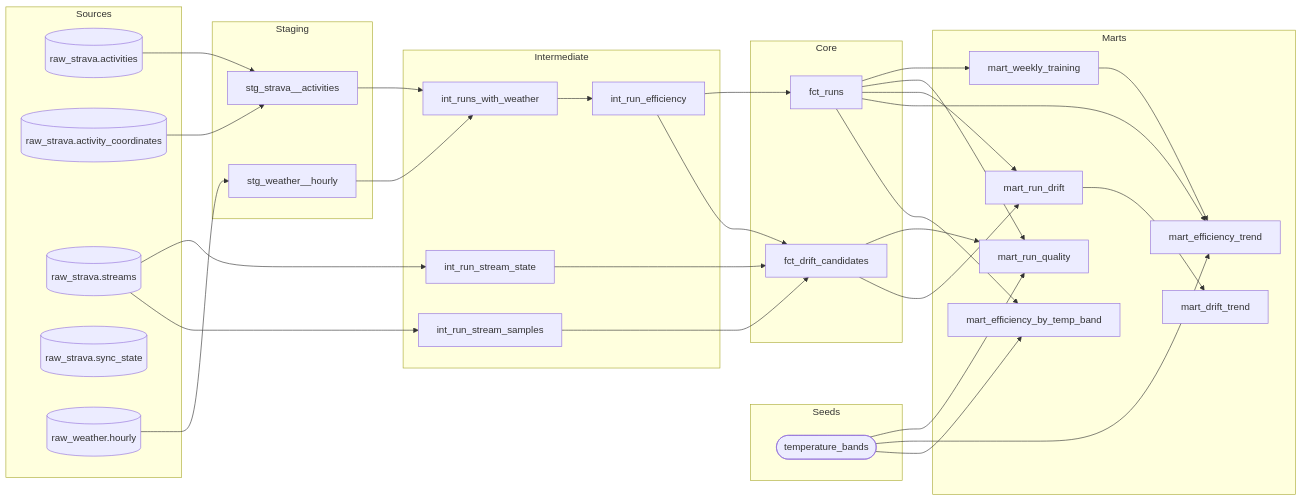
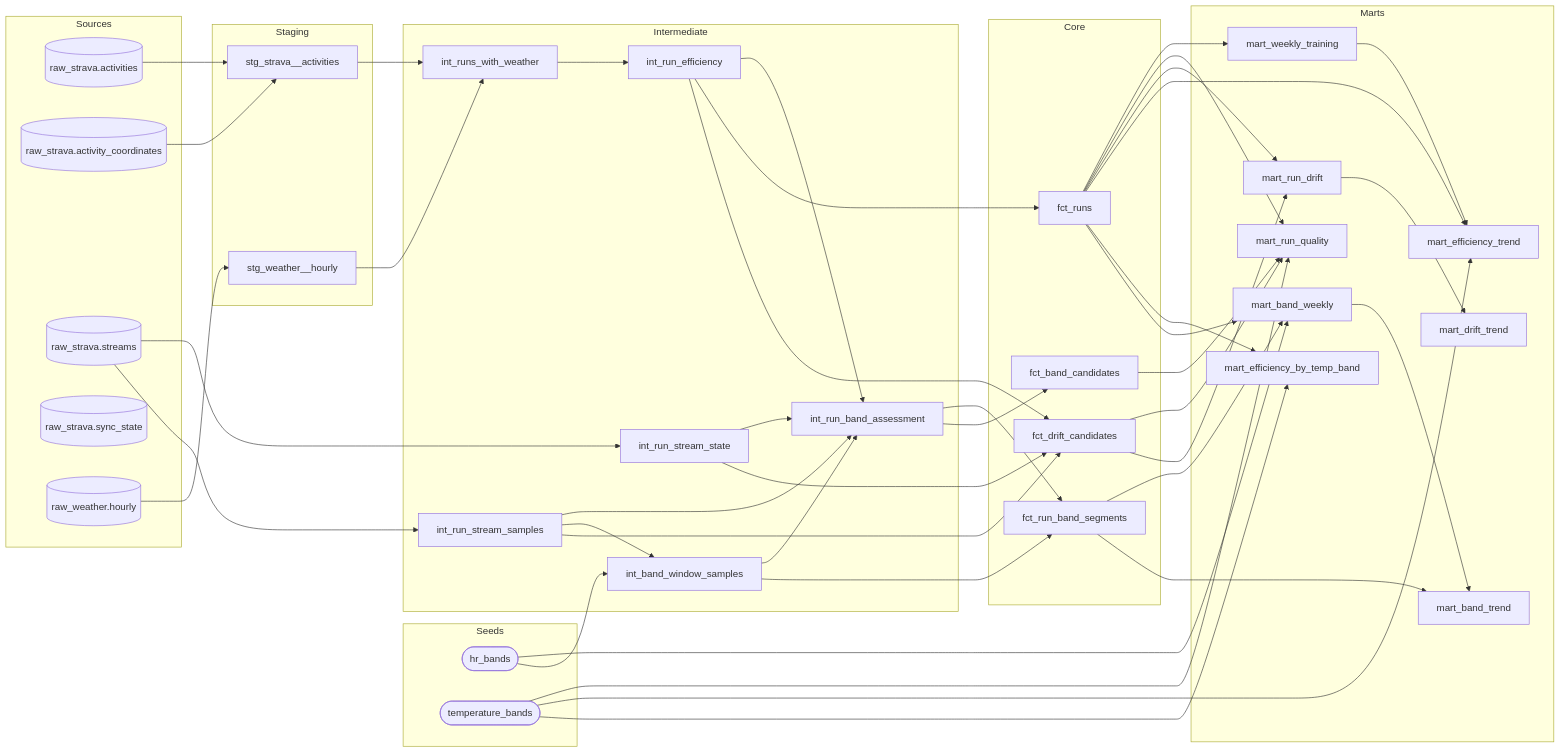
One commit to mowen18/running-analytics-pipeline changed the diagram in README.md. Above: the diagram before and after it, drawn with Mermaid. The commit also changed other lines of this file, not shown here.

Commit message:
docs: README + DAG for v1.4
make dbt-dag re-embedded the lineage from the fresh post-merge
manifest: the diff is exactly the seven v1.4 nodes (hr_bands,
int_band_window_samples, int_run_band_assessment, fct_band_candidates,
fct_run_band_segments, mart_band_weekly, mart_band_trend) and their
fifteen edges — including the two sanctioned seed edges (hr_bands into
the intermediate sample pool and into the weekly mart) — with nothing
else appearing or vanishing.

Prose: the conventions paragraph now records the v1.4 layering reality
(intermediate may read seeds — the one deliberate matrix line, proven
against the guard before it changed) and lists the D22 band vars among
the never-inline thresholds. The model table, stream-ingestion section,
D22 metric definition, and dashboard section were already current from
the merge (6ff8173); no other prose was stale. DAG render code and its
golden test untouched.

```diff
--- a/README.md
+++ b/README.md
@@ -199,6 +199,7 @@
     end
 
     subgraph seeds["Seeds"]
+        seed_running_analytics_hr_bands(["hr_bands"])
         seed_running_analytics_temperature_bands(["temperature_bands"])
     end
 
@@ -208,6 +209,8 @@
     end
 
     subgraph intermediate["Intermediate"]
+        model_running_analytics_int_band_window_samples["int_band_window_samples"]
+        model_running_analytics_int_run_band_assessment["int_run_band_assessment"]
         model_running_analytics_int_run_efficiency["int_run_efficiency"]
         model_running_analytics_int_run_stream_samples["int_run_stream_samples"]
         model_running_analytics_int_run_stream_state["int_run_stream_state"]
@@ -215,11 +218,15 @@
     end
 
     subgraph core["Core"]
+        model_running_analytics_fct_band_candidates["fct_band_candidates"]
         model_running_analytics_fct_drift_candidates["fct_drift_candidates"]
+        model_running_analytics_fct_run_band_segments["fct_run_band_segments"]
         model_running_analytics_fct_runs["fct_runs"]
     end
 
     subgraph marts["Marts"]
+        model_running_analytics_mart_band_trend["mart_band_trend"]
+        model_running_analytics_mart_band_weekly["mart_band_weekly"]
         model_running_analytics_mart_drift_trend["mart_drift_trend"]
         model_running_analytics_mart_efficiency_by_temp_band["mart_efficiency_by_temp_band"]
         model_running_analytics_mart_efficiency_trend["mart_efficiency_trend"]
@@ -228,22 +235,37 @@
         model_running_analytics_mart_weekly_training["mart_weekly_training"]
     end
 
+    model_running_analytics_fct_band_candidates --> model_running_analytics_mart_run_quality
     model_running_analytics_fct_drift_candidates --> model_running_analytics_mart_run_drift
     model_running_analytics_fct_drift_candidates --> model_running_analytics_mart_run_quality
+    model_running_analytics_fct_run_band_segments --> model_running_analytics_mart_band_trend
+    model_running_analytics_fct_run_band_segments --> model_running_analytics_mart_band_weekly
+    model_running_analytics_fct_runs --> model_running_analytics_mart_band_weekly
     model_running_analytics_fct_runs --> model_running_analytics_mart_efficiency_by_temp_band
     model_running_analytics_fct_runs --> model_running_analytics_mart_efficiency_trend
     model_running_analytics_fct_runs --> model_running_analytics_mart_run_drift
     model_running_analytics_fct_runs --> model_running_analytics_mart_run_quality
     model_running_analytics_fct_runs --> model_running_analytics_mart_weekly_training
+    model_running_analytics_int_band_window_samples --> model_running_analytics_fct_run_band_segments
+    model_running_analytics_int_band_window_samples --> model_running_analytics_int_run_band_assessment
+    model_running_analytics_int_run_band_assessment --> model_running_analytics_fct_band_candidates
+    model_running_analytics_int_run_band_assessment --> model_running_analytics_fct_run_band_segments
     model_running_analytics_int_run_efficiency --> model_running_analytics_fct_drift_candidates
     model_running_analytics_int_run_efficiency --> model_running_analytics_fct_runs
+    model_running_analytics_int_run_efficiency --> model_running_analytics_int_run_band_assessment
     model_running_analytics_int_run_stream_samples --> model_running_analytics_fct_drift_candidates
+    model_running_analytics_int_run_stream_samples --> model_running_analytics_int_band_window_samples
+    model_running_analytics_int_run_stream_samples --> model_running_analytics_int_run_band_assessment
     model_running_analytics_int_run_stream_state --> model_running_analytics_fct_drift_candidates
+    model_running_analytics_int_run_stream_state --> model_running_analytics_int_run_band_assessment
     model_running_analytics_int_runs_with_weather --> model_running_analytics_int_run_efficiency
+    model_running_analytics_mart_band_weekly --> model_running_analytics_mart_band_trend
     model_running_analytics_mart_run_drift --> model_running_analytics_mart_drift_trend
     model_running_analytics_mart_weekly_training --> model_running_analytics_mart_efficiency_trend
     model_running_analytics_stg_strava__activities --> model_running_analytics_int_runs_with_weather
     model_running_analytics_stg_weather__hourly --> model_running_analytics_int_runs_with_weather
+    seed_running_analytics_hr_bands --> model_running_analytics_int_band_window_samples
+    seed_running_analytics_hr_bands --> model_running_analytics_mart_band_weekly
     seed_running_analytics_temperature_bands --> model_running_analytics_mart_efficiency_by_temp_band
     seed_running_analytics_temperature_bands --> model_running_analytics_mart_efficiency_trend
     seed_running_analytics_temperature_bands --> model_running_analytics_mart_run_quality
```
